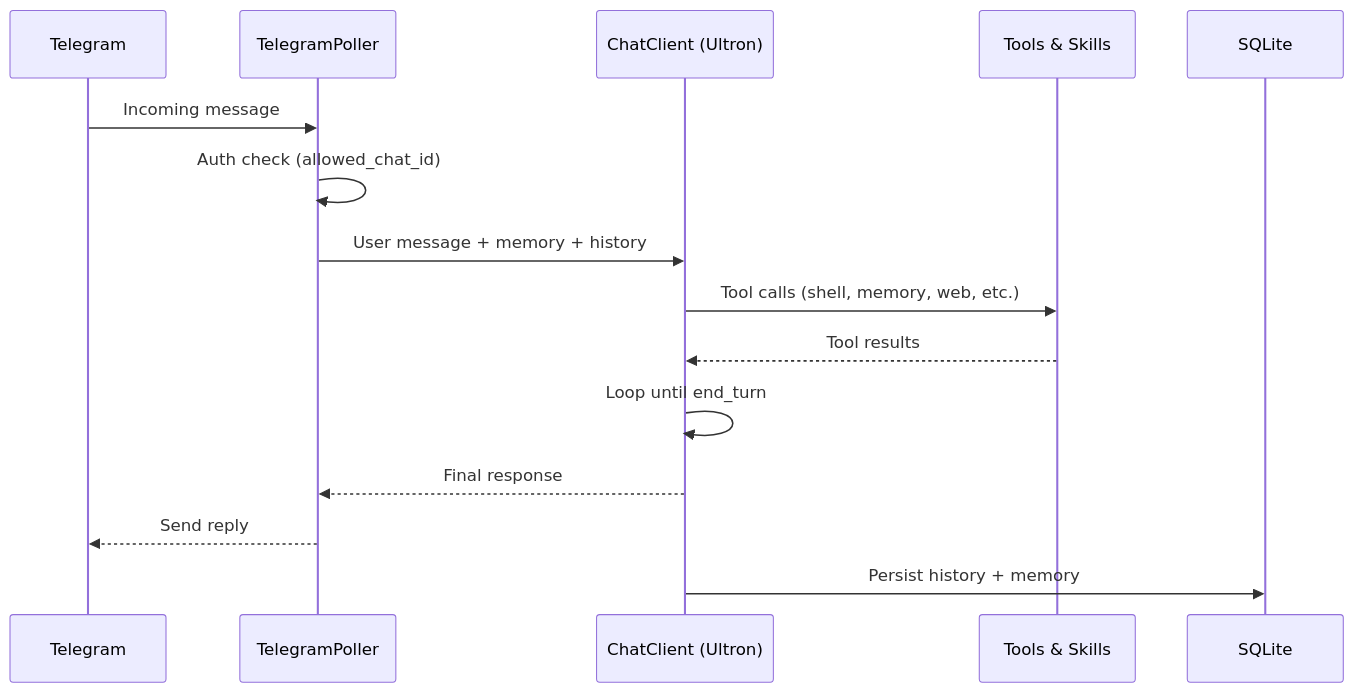
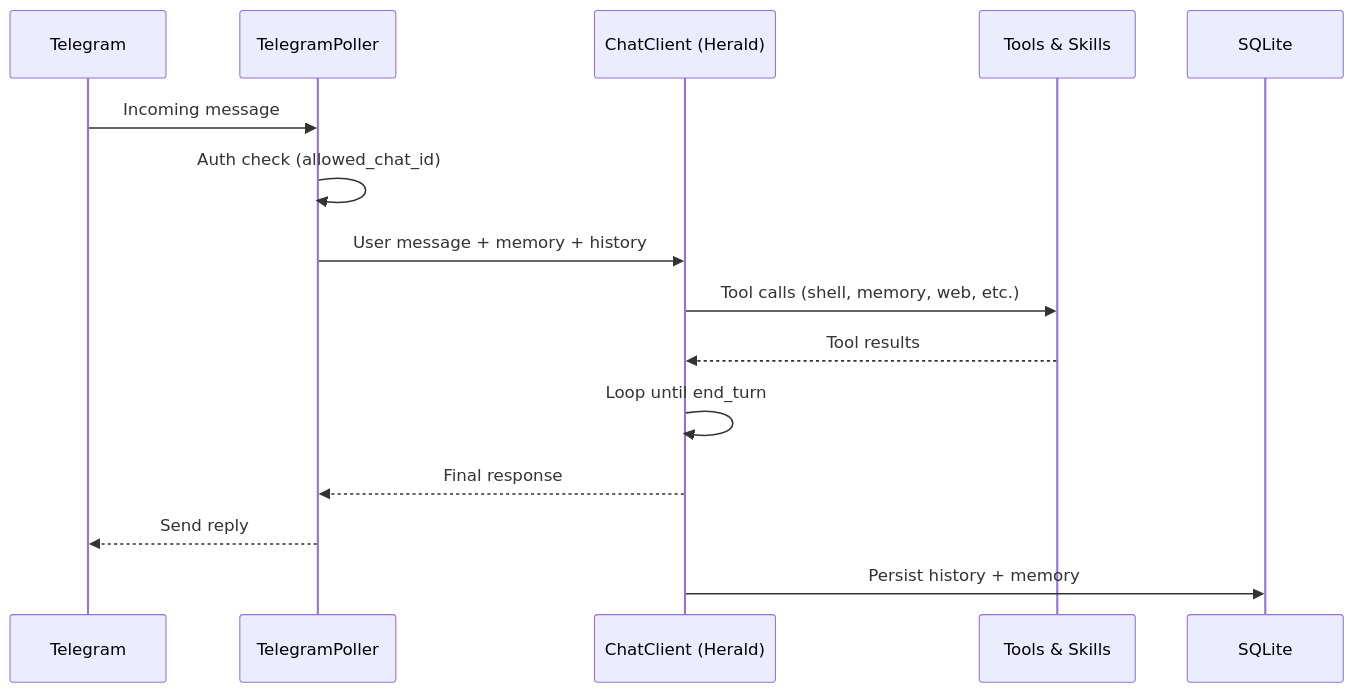
One commit to dbbaskette/herald changed the second of 4 diagrams in README.md. Above: the diagram before and after it, drawn with Mermaid. The commit also changed other lines of this file, not shown here.

````diff
--- a/README.md
+++ b/README.md
@@ -58,18 +59,18 @@
 ```mermaid
 sequenceDiagram
     participant T as Telegram
     participant P as TelegramPoller
-    participant A as ChatClient (Ultron)
+    participant A as ChatClient (Herald)
     participant Tools as Tools & Skills
     participant DB as SQLite
 
     T->>P: Incoming message
     P->>P: Auth check (allowed_chat_id)
     P->>A: User message + memory + history
     A->>Tools: Tool calls (shell, memory, web, etc.)
     Tools-->>A: Tool results
     A->>A: Loop until end_turn
     A-->>P: Final response
     P-->>T: Send reply
     A->>DB: Persist history + memory
 ```
````
